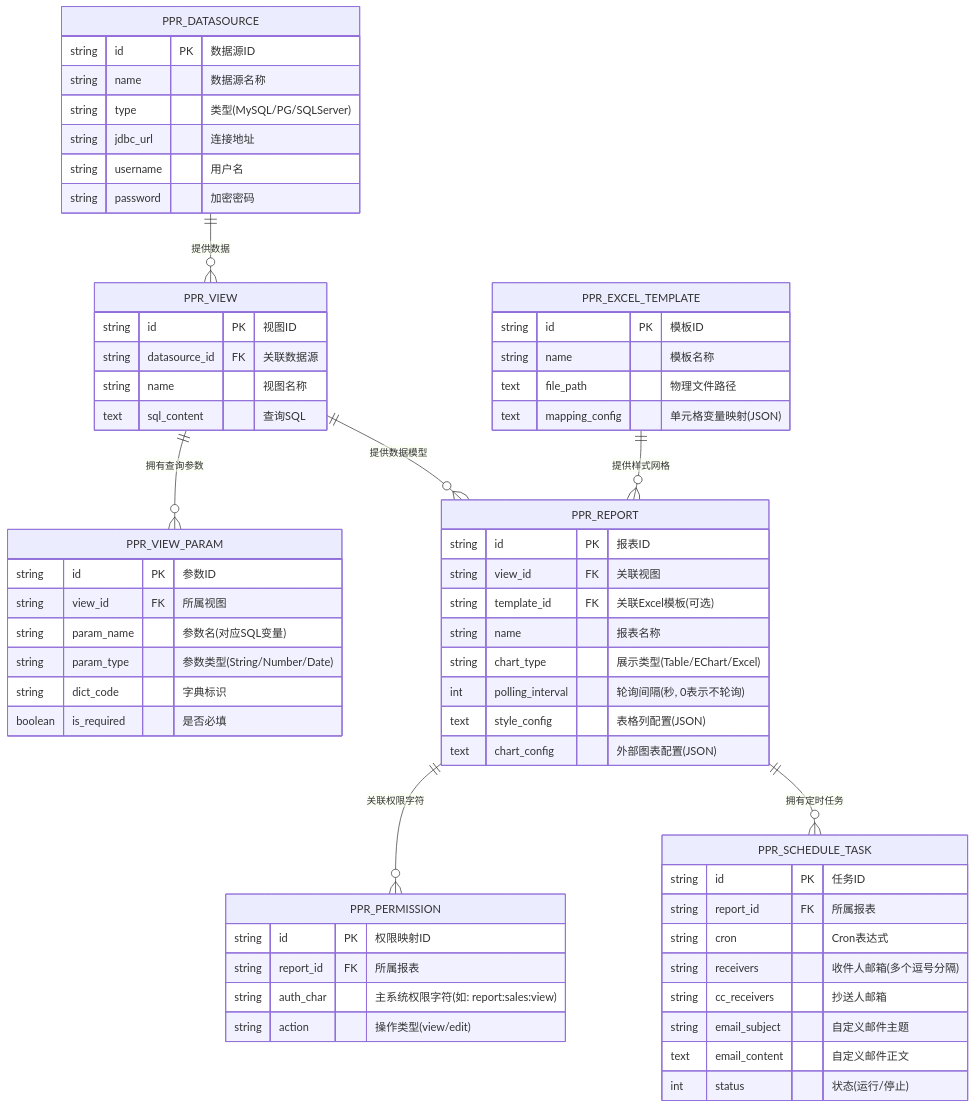
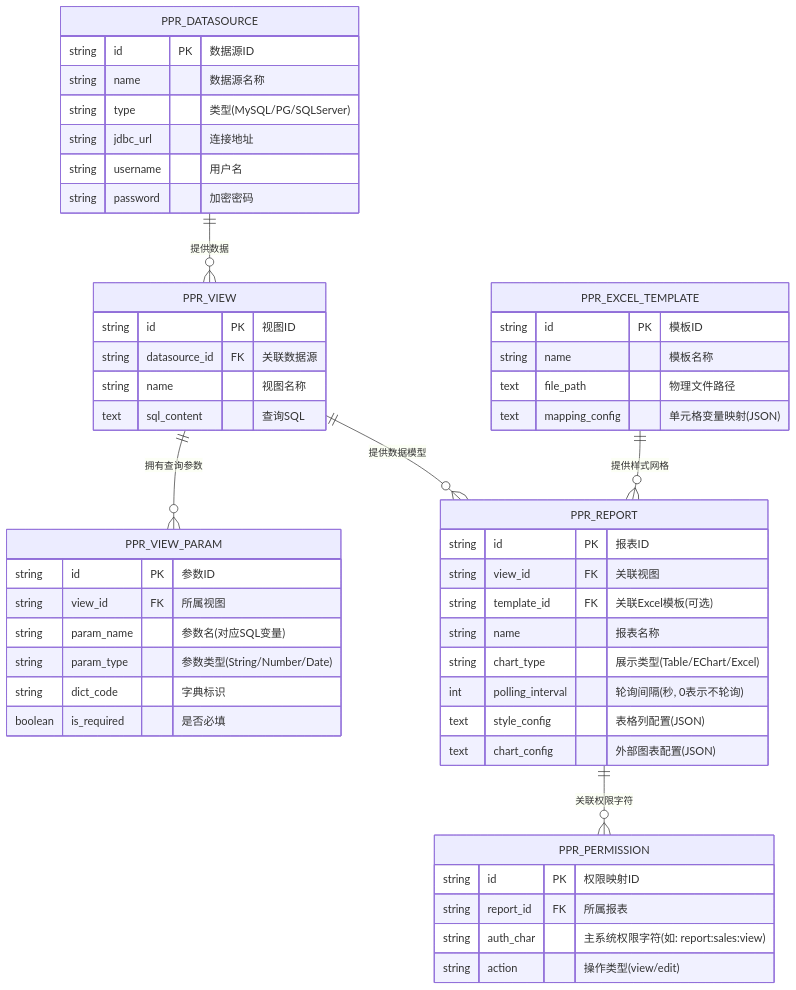
The first of 3 diagrams in docs/PPR_PRD.md (brizeboo/PPR), drawn with Mermaid before and after one commit. The commit also changed other lines of this file and 34 other files, not shown here.

````diff
--- a/docs/PPR_PRD.md
+++ b/docs/PPR_PRD.md
@@ -240,70 +226,58 @@
 ```mermaid
 erDiagram
     PPR_DATASOURCE ||--o{ PPR_VIEW : "提供数据"
     PPR_VIEW ||--o{ PPR_VIEW_PARAM : "拥有查询参数"
     PPR_VIEW ||--o{ PPR_REPORT : "提供数据模型"
     PPR_EXCEL_TEMPLATE ||--o{ PPR_REPORT : "提供样式网格"
     PPR_REPORT ||--o{ PPR_PERMISSION : "关联权限字符"
-    PPR_REPORT ||--o{ PPR_SCHEDULE_TASK : "拥有定时任务"
 
     PPR_DATASOURCE {
         string id PK "数据源ID"
         string name "数据源名称"
         string type "类型(MySQL/PG/SQLServer)"
         string jdbc_url "连接地址"
         string username "用户名"
         string password "加密密码"
     }
 
     PPR_VIEW {
         string id PK "视图ID"
         string datasource_id FK "关联数据源"
         string name "视图名称"
         text sql_content "查询SQL"
     }
 
     PPR_VIEW_PARAM {
         string id PK "参数ID"
         string view_id FK "所属视图"
         string param_name "参数名(对应SQL变量)"
         string param_type "参数类型(String/Number/Date)"
         string dict_code "字典标识"
         boolean is_required "是否必填"
     }
 
     PPR_REPORT {
         string id PK "报表ID"
         string view_id FK "关联视图"
         string template_id FK "关联Excel模板(可选)"
         string name "报表名称"
         string chart_type "展示类型(Table/EChart/Excel)"
         int polling_interval "轮询间隔(秒, 0表示不轮询)"
         text style_config "表格列配置(JSON)"
         text chart_config "外部图表配置(JSON)"
     }
 
     PPR_EXCEL_TEMPLATE {
         string id PK "模板ID"
         string name "模板名称"
         text file_path "物理文件路径"
         text mapping_config "单元格变量映射(JSON)"
     }
 
     PPR_PERMISSION {
         string id PK "权限映射ID"
         string report_id FK "所属报表"
         string auth_char "主系统权限字符(如: report:sales:view)"
         string action "操作类型(view/edit)"
     }
-
-    PPR_SCHEDULE_TASK {
-        string id PK "任务ID"
-        string report_id FK "所属报表"
-        string cron "Cron表达式"
-        string receivers "收件人邮箱(多个逗号分隔)"
-        string cc_receivers "抄送人邮箱"
-        string email_subject "自定义邮件主题"
-        text email_content "自定义邮件正文"
-        int status "状态(运行/停止)"
-    }
 ```
````
